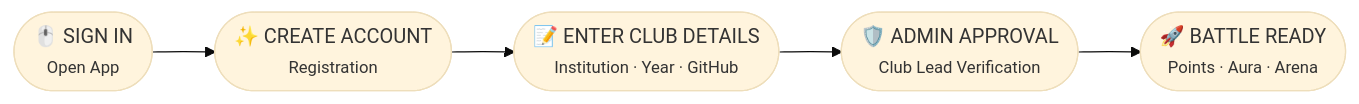
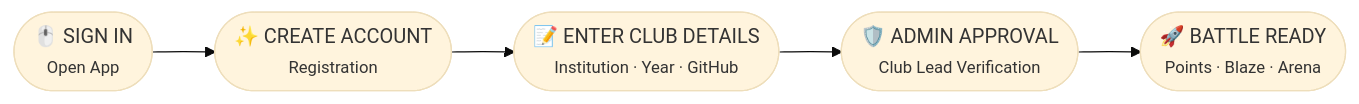
The first of 3 diagrams in README.md (Technovation-ABES/DSAvation), drawn with Mermaid (base theme) before and after one commit. The commit also changed other lines of this file, not shown here.

````diff
--- a/README.md
+++ b/README.md
@@ -50,7 +50,7 @@
 ```mermaid
 flowchart LR
     A(["🖱️ SIGN IN<br/><small>Open App</small>"]) --> B(["✨ CREATE ACCOUNT<br/><small>Registration</small>"])
     B --> C(["📝 ENTER CLUB DETAILS<br/><small>Institution · Year · GitHub</small>"])
     C --> D(["🛡️ ADMIN APPROVAL<br/><small>Club Lead Verification</small>"])
-    D --> E(["🚀 BATTLE READY<br/><small>Points · Aura · Arena</small>"])
+    D --> E(["🚀 BATTLE READY<br/><small>Points · Blaze · Arena</small>"])
 ```
````
